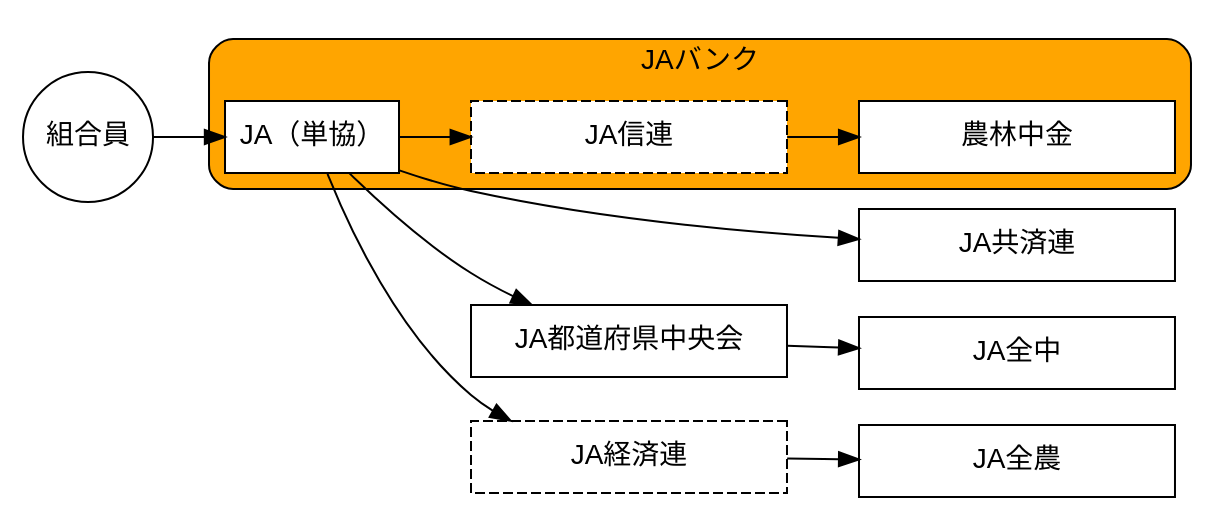
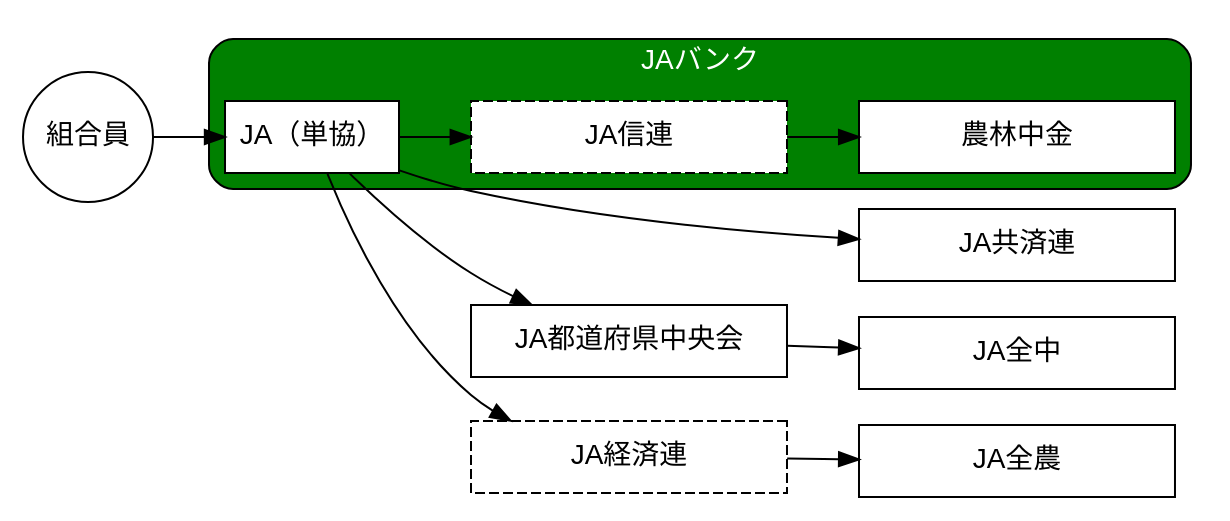
One commit to takeshinishimura/Cooperative changed the fourth of 4 diagrams in Quarto/04_graphviz.qmd. Above: the diagram before and after it, drawn with Graphviz. The commit also changed other lines of this file and 3 other files, not shown here.

````diff
--- a/Quarto/04_graphviz.qmd
+++ b/Quarto/04_graphviz.qmd
@@ -296,35 +296,36 @@
 ```{dot}
 digraph ja_bank {
   graph [rankdir = LR]
 
   node [fontname = Helvetica,
     shape = box,
     fixedsize = false,
     style = filled,
     fillcolor = white]
   組合員 [shape = circle, width = 0.9]
   JA（単協）
   node [width = 2.2]
   JA共済連; JA都道府県中央会; JA全農; 農林中金; JA全中
   node [width = 2.2,
     shape = box,
     style = "dashed,filled"]
   JA経済連; JA信連
 
   edge []
   組合員->JA（単協）
   JA（単協）->JA経済連->JA全農
   JA（単協）->JA共済連
   JA（単協）->JA信連->農林中金
   JA（単協）->JA都道府県中央会->JA全中
 
   {rank = sink; JA全農; JA共済連; JA全中}
   subgraph cluster2 {
     label = "JAバンク"
     fontname = Helvetica
-    bgcolor = orange
+    fontcolor = white
+    bgcolor = "#008000"
     style = rounded
     JA（単協）; JA信連; 農林中金
   }
 }
 ```
````
